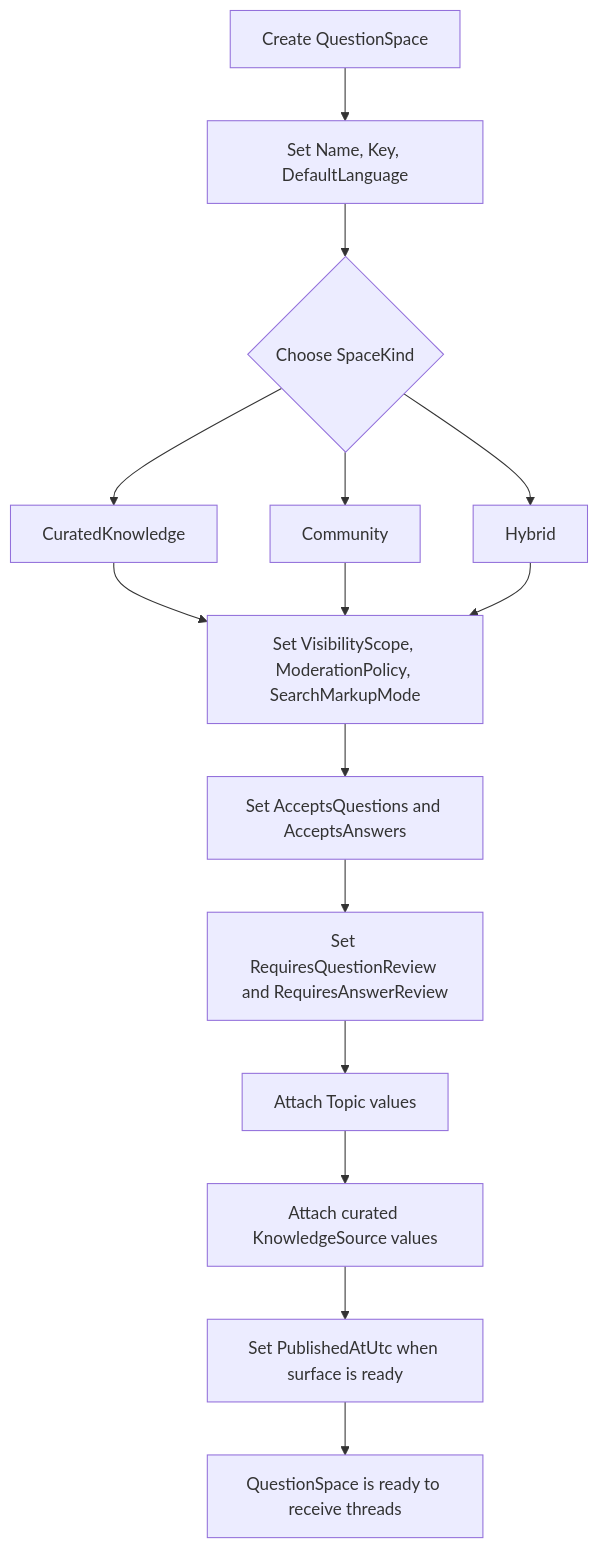
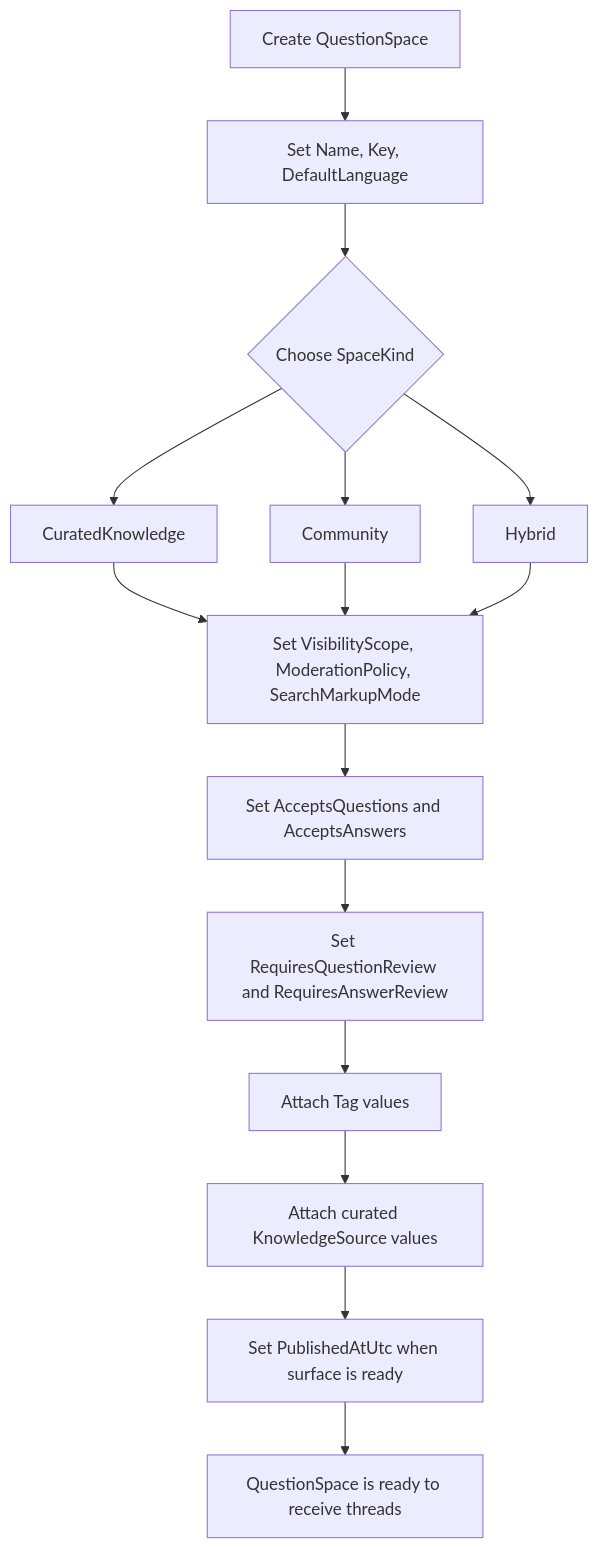
One commit to marcosrioj/querify changed the diagram in dotnet/BaseFaq.Sample.Features.NewQaModel/Flows/01-space-setup-and-governance.md. Above: the diagram before and after it, drawn with Mermaid. The commit also changed other lines of this file and 145 other files, not shown here.

````diff
--- a/dotnet/BaseFaq.Sample.Features.NewQaModel/Flows/01-space-setup-and-governance.md
+++ b/dotnet/BaseFaq.Sample.Features.NewQaModel/Flows/01-space-setup-and-governance.md
@@ -7,17 +7,17 @@
 ```mermaid
 flowchart TD
     Start[Create QuestionSpace] --> Identity[Set Name, Key, DefaultLanguage]
     Identity --> Mode{Choose SpaceKind}
     Mode --> Curated[CuratedKnowledge]
     Mode --> Community[Community]
     Mode --> Hybrid[Hybrid]
     Curated --> Governance
     Community --> Governance
     Hybrid --> Governance
     Governance[Set VisibilityScope, ModerationPolicy, SearchMarkupMode] --> Intake[Set AcceptsQuestions and AcceptsAnswers]
     Intake --> Review[Set RequiresQuestionReview and RequiresAnswerReview]
-    Review --> Classify[Attach Topic values]
+    Review --> Classify[Attach Tag values]
     Classify --> Curate[Attach curated KnowledgeSource values]
     Curate --> Publish[Set PublishedAtUtc when surface is ready]
     Publish --> Operate[QuestionSpace is ready to receive threads]
 ```
````
